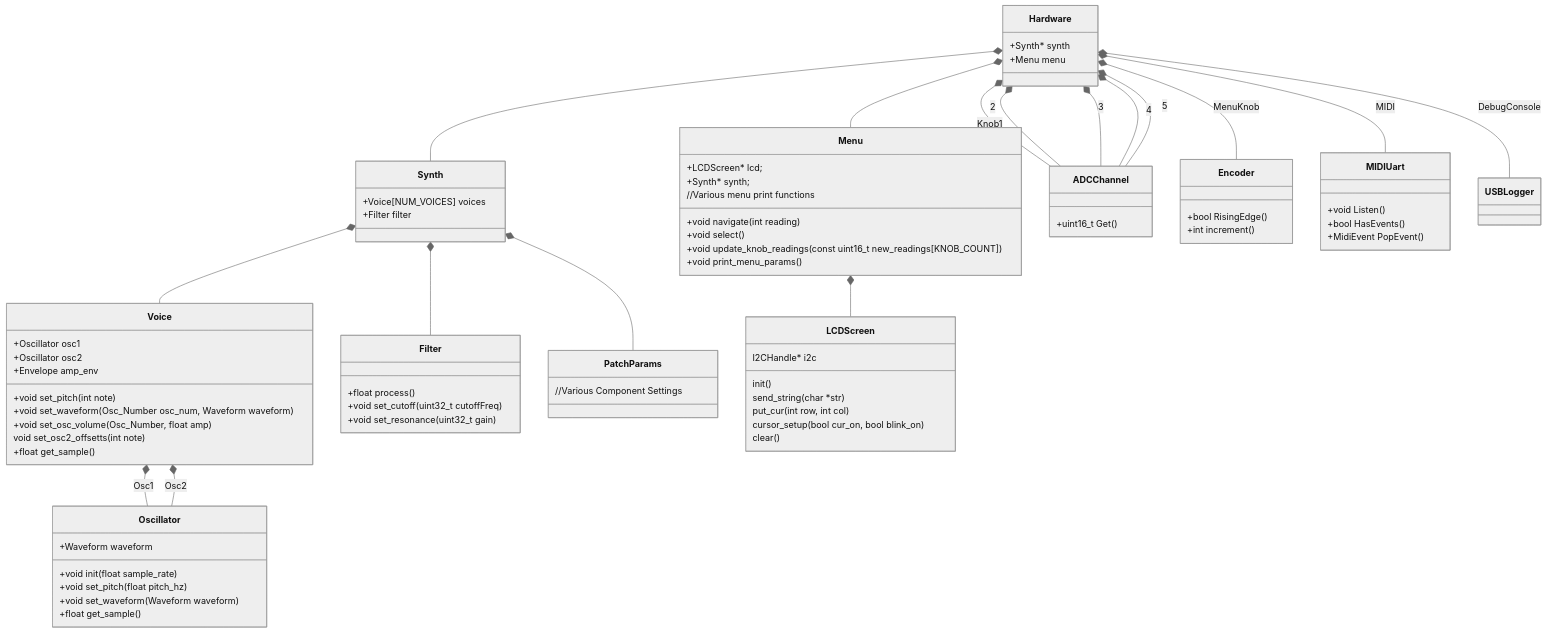
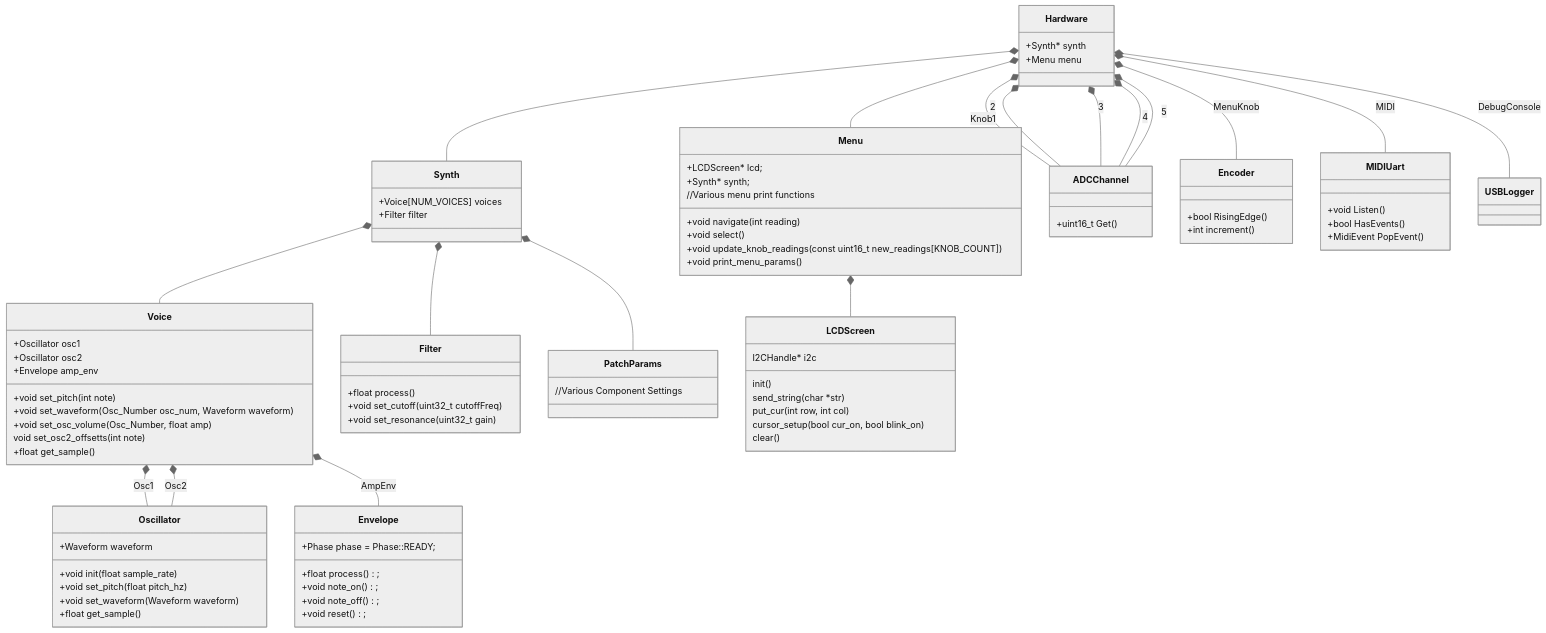
The diagram in docs/project_layout.md (thealienthing/shiny-octo-train), drawn with Mermaid (neutral theme) before and after one commit. The commit also changed 1 other file, not shown here.

Commit message:
Revise synthesis diagram

```diff
--- a/docs/project_layout.md
+++ b/docs/project_layout.md
@@ -16,6 +16,7 @@
 Synth *-- PatchParams
 Voice *-- Oscillator : Osc1
 Voice *-- Oscillator : Osc2
+Voice *-- Envelope : AmpEnv
 Menu *-- LCDScreen
 
 class Synth{
@@ -42,6 +43,14 @@
     +void set_osc_volume(Osc_Number, float amp)
     void set_osc2_offsetts(int note)
     +float get_sample()
+}
+
+class Envelope{
+    +Phase phase = Phase::READY;
+    +float process();
+    +void note_on();
+    +void note_off();
+    +void reset();
 }
 
 class Oscillator{
```
